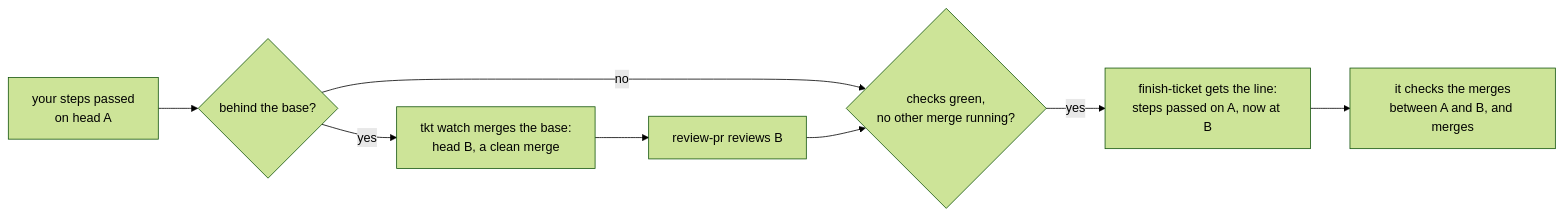
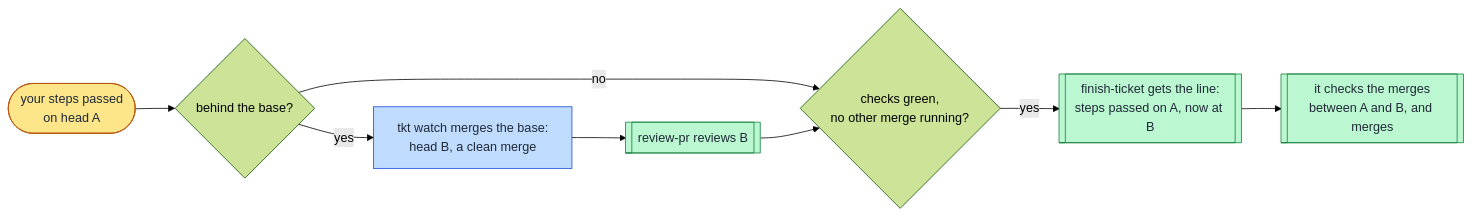
One commit to rogsme/tkt changed the fourth of 9 diagrams in docs/lifecycle.md. Above: the diagram before and after it, drawn with Mermaid (forest theme). The commit also changed other lines of this file and 4 other files, not shown here.

First line of the commit message:
Open the README with diagrams of how a ticket moves

````diff
--- a/docs/lifecycle.md
+++ b/docs/lifecycle.md
@@ -250,10 +276,18 @@
 ```mermaid
 flowchart LR
-  verified["your steps passed<br/>on head A"] --> behind{"behind the base?"}
+  verified(["your steps passed<br/>on head A"]) --> behind{"behind the base?"}
   behind -->|yes| sync["tkt watch merges the base:<br/>head B, a clean merge"]
-  sync --> review["review-pr reviews B"]
+  sync --> review[["review-pr reviews B"]]
   behind -->|no| green{"checks green,<br/>no other merge running?"}
   review --> green
-  green -->|yes| line["finish-ticket gets the line:<br/>steps passed on A, now at B"]
-  line --> merged["it checks the merges<br/>between A and B, and merges"]
+  green -->|yes| line[["finish-ticket gets the line:<br/>steps passed on A, now at B"]]
+  line --> merged[["it checks the merges<br/>between A and B, and merges"]]
+
+  classDef you fill:#fde68a,stroke:#b45309,color:#1f2937
+  classDef tkt fill:#bfdbfe,stroke:#1d4ed8,color:#1f2937
+  classDef skill fill:#bbf7d0,stroke:#15803d,color:#1f2937
+  classDef ext fill:#e5e7eb,stroke:#4b5563,color:#1f2937
+  class verified you
+  class sync tkt
+  class review,line,merged skill
 ```
````
